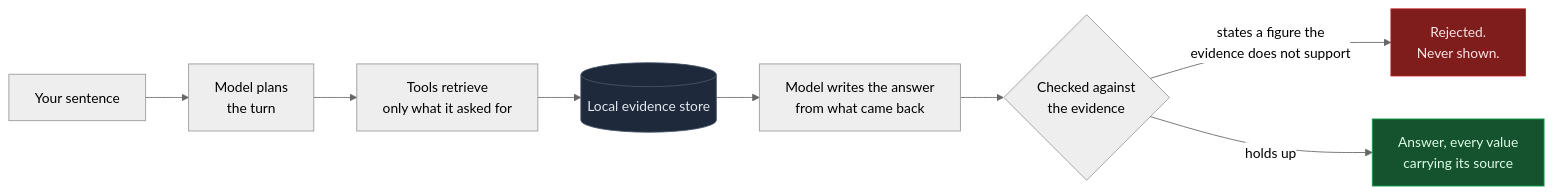
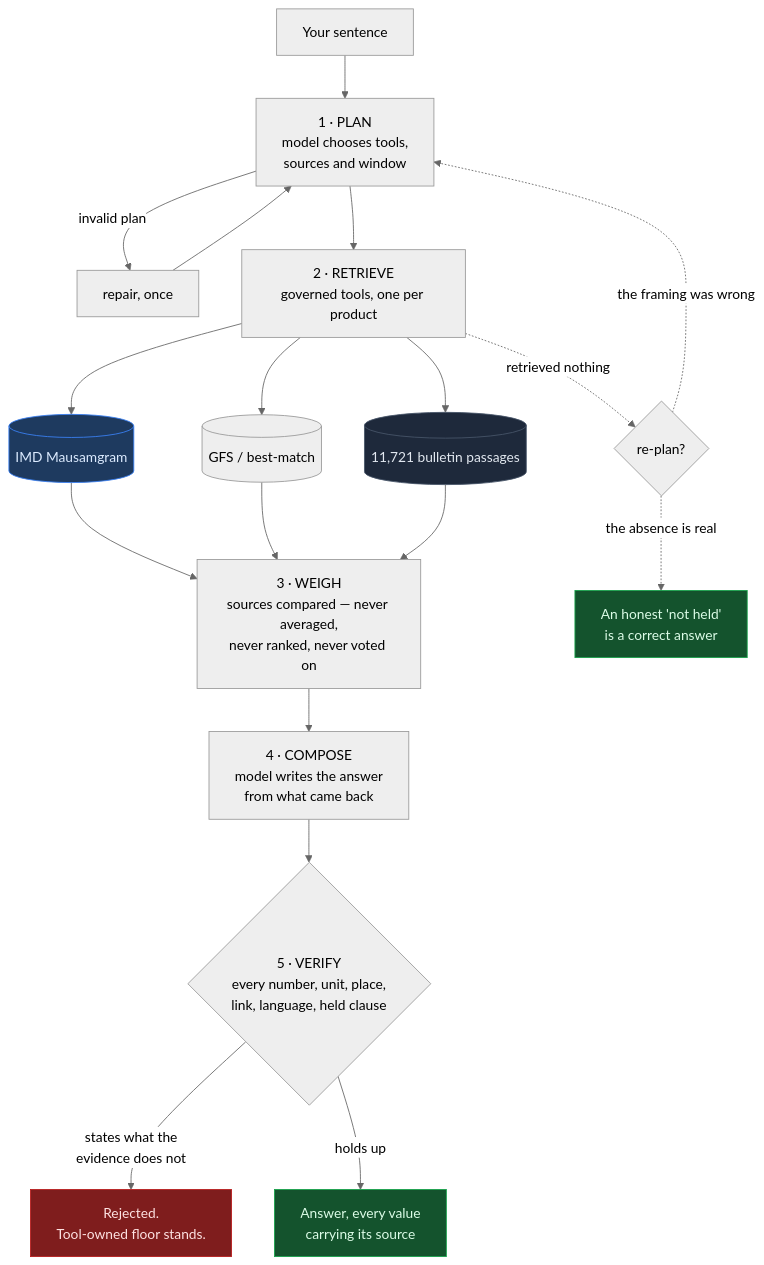
The first of 2 diagrams in README.md (Abhichandani-Yash-Manish/WeatherGPT_), drawn with Mermaid (neutral theme) before and after one commit. The commit also changed other lines of this file and 1 other file, not shown here.

````diff
--- a/README.md
+++ b/README.md
@@ -55,13 +94,26 @@
 ```mermaid
-flowchart LR
-    Q["Your sentence"] --> P["Model plans<br/>the turn"]
-    P --> T["Tools retrieve<br/>only what it asked for"]
-    T --> E[("Local evidence store")]
-    E --> C["Model writes the answer<br/>from what came back"]
-    C --> V{"Checked against<br/>the evidence"}
-    V -->|"states a figure the<br/>evidence does not support"| R["Rejected.<br/>Never shown."]
+flowchart TB
+    Q["Your sentence"] --> P["1 · PLAN<br/>model chooses tools,<br/>sources and window"]
+    P2["repair, once"]
+    P -->|invalid plan| P2
+    P2 --> P
+    P --> T["2 · RETRIEVE<br/>governed tools, one per product"]
+    T --> M[("IMD Mausamgram")]
+    T --> G[("GFS / best-match")]
+    T --> D[("11,721 bulletin passages")]
+    M --> W["3 · WEIGH<br/>sources compared — never averaged,<br/>never ranked, never voted on"]
+    G --> W
+    D --> W
+    W --> C["4 · COMPOSE<br/>model writes the answer<br/>from what came back"]
+    C --> V{"5 · VERIFY<br/>every number, unit, place,<br/>link, language, held clause"}
+    V -->|"states what the<br/>evidence does not"| R["Rejected.<br/>Tool-owned floor stands."]
     V -->|"holds up"| A["Answer, every value<br/>carrying its source"]
-    style E fill:#1e293b,stroke:#475569,color:#e2e8f0
+    T -.->|"retrieved nothing"| RP{"re-plan?"}
+    RP -.->|"the framing was wrong"| P
+    RP -.->|"the absence is real"| HON["An honest 'not held'<br/>is a correct answer"]
+    style M fill:#1e3a5f,stroke:#3b82f6,color:#dbeafe
+    style D fill:#1e293b,stroke:#475569,color:#e2e8f0
     style R fill:#7f1d1d,stroke:#b91c1c,color:#fee2e2
     style A fill:#14532d,stroke:#16a34a,color:#dcfce7
+    style HON fill:#14532d,stroke:#16a34a,color:#dcfce7
 ```
````
